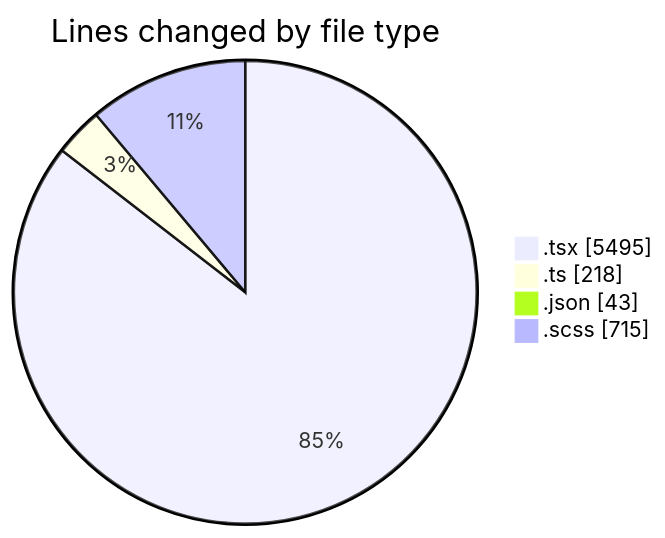
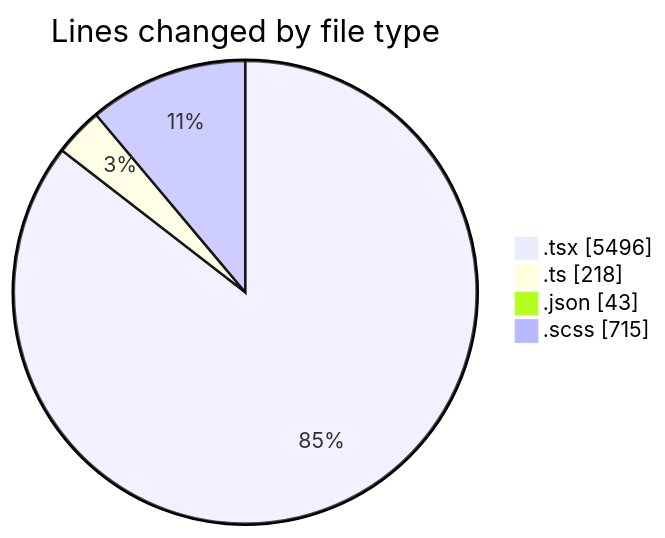
Before and after one commit to momahboobian/code-tracking: the first of 2 diagrams in 2025-09-23/cda/README.md, drawn with Mermaid. The commit also changed other lines of this file and 1 other file, not shown here.

````diff
--- a/2025-09-23/cda/README.md
+++ b/2025-09-23/cda/README.md
@@ -34,8 +34,8 @@
 ```mermaid
 pie showData
 title Lines changed by file type
-".tsx" : 5495
+".tsx" : 5496
 ".ts" : 218
 ".json" : 43
 ".scss" : 715
 ```
````
